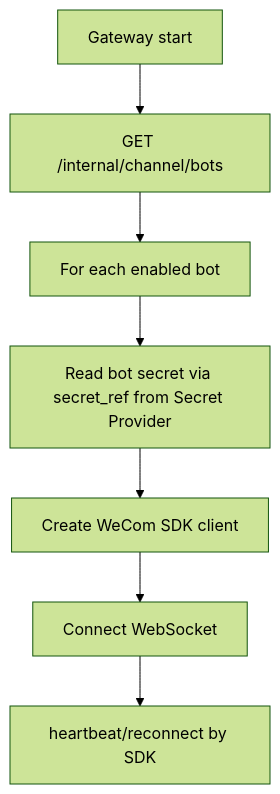
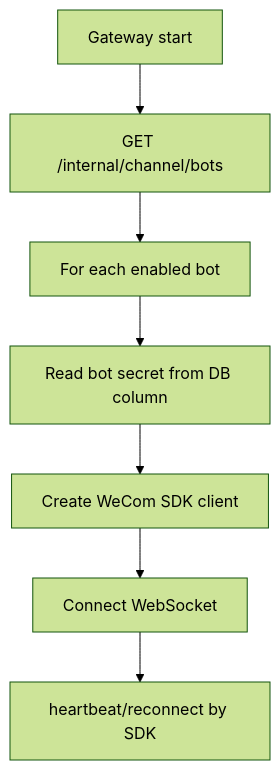
One commit to Michaelxwb/fluxion-harness changed the second of 6 diagrams in docs/05-IM-Gateway详细设计.md. Above: the diagram before and after it, drawn with Mermaid (forest theme). The commit also changed other lines of this file and 116 other files, not shown here.

First line of the commit message:
feat(model): 模型管理模块闭环并归档；refactor(secret): SecretRef 全量移除

````diff
--- a/docs/05-IM-Gateway详细设计.md
+++ b/docs/05-IM-Gateway详细设计.md
@@ -108,9 +108,9 @@
 ```mermaid
 flowchart TD
     A[Gateway start] --> B[GET /internal/channel/bots]
     B --> C[For each enabled bot]
-    C --> D[Read bot secret via secret_ref from Secret Provider]
+    C --> D[Read bot secret from DB column]
     D --> E[Create WeCom SDK client]
     E --> F[Connect WebSocket]
     F --> G[heartbeat/reconnect by SDK]
 ```
````
